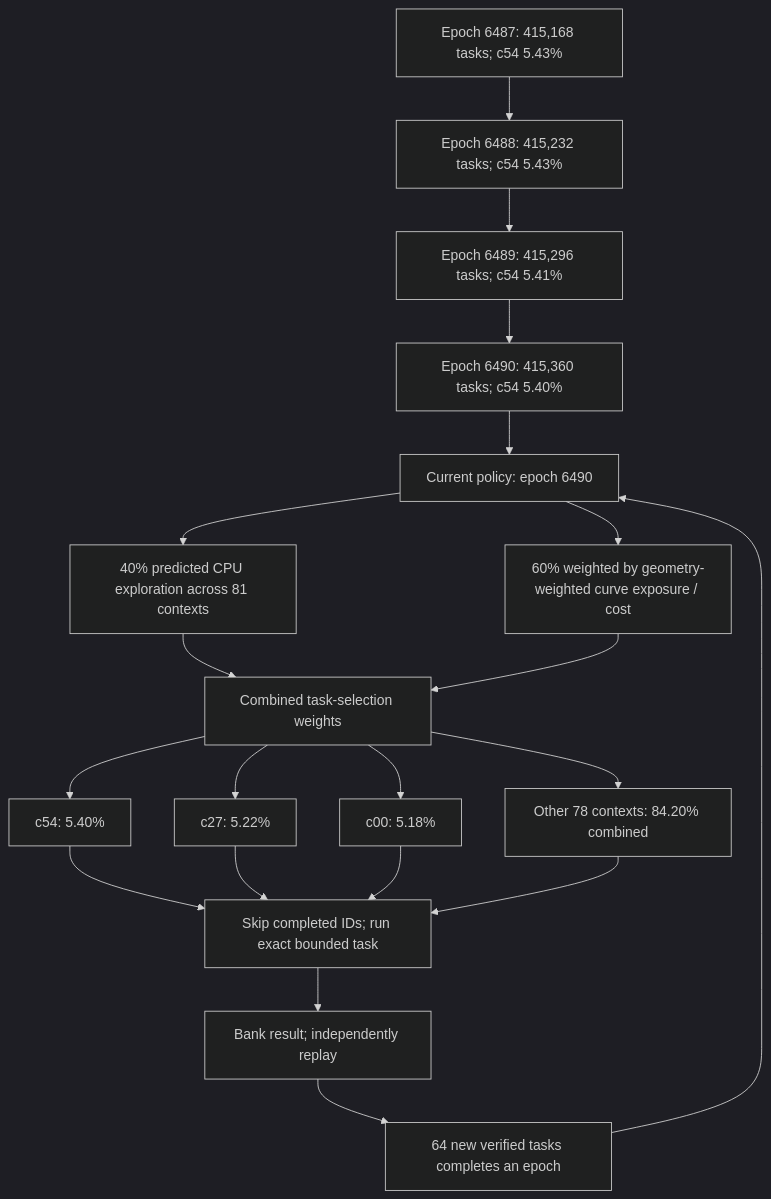
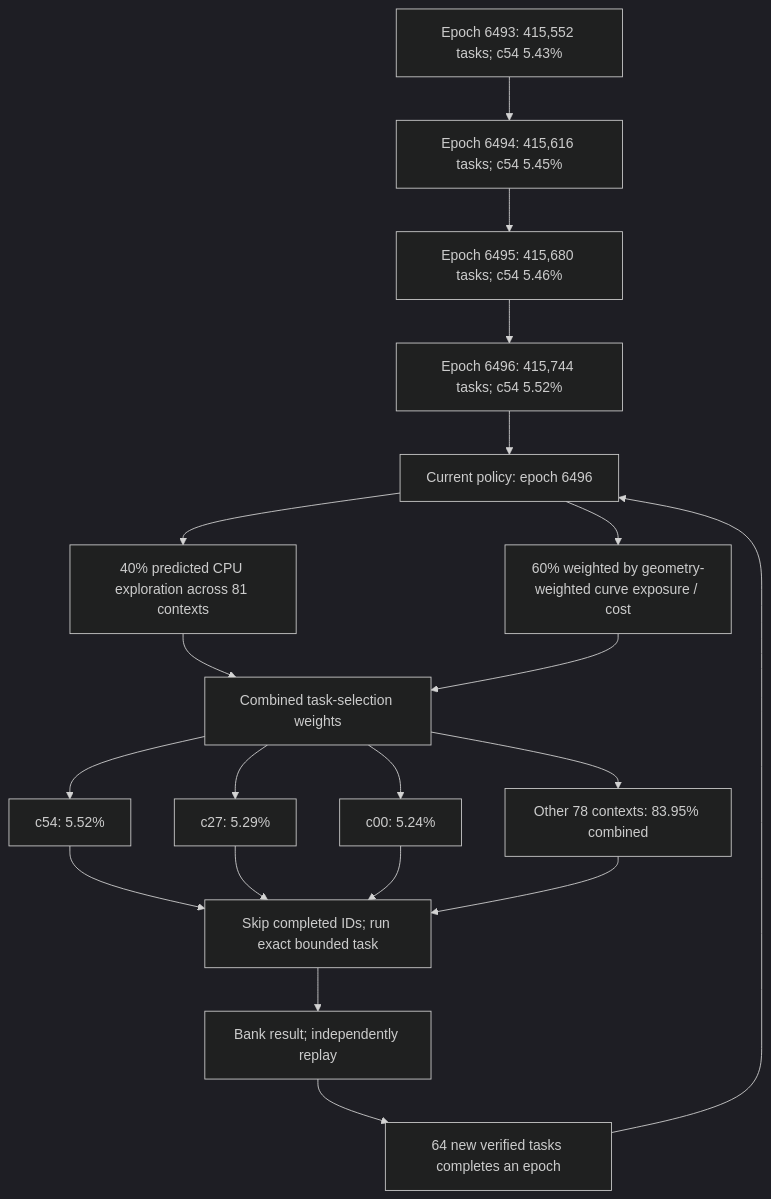
One commit to Kuberwastaken/math-gambling changed the first of 4 diagrams in README.md. Above: the diagram before and after it, drawn with Mermaid (dark theme). The commit also changed other lines of this file and 1435 other files, not shown here.

````diff
--- a/README.md
+++ b/README.md
@@ -60,27 +60,27 @@
 ```mermaid
 flowchart TD
-    H0["Epoch 6487: 415,168 tasks; c54 5.43%"]
-    H1["Epoch 6488: 415,232 tasks; c54 5.43%"]
+    H0["Epoch 6493: 415,552 tasks; c54 5.43%"]
+    H1["Epoch 6494: 415,616 tasks; c54 5.45%"]
     H0 --> H1
-    H2["Epoch 6489: 415,296 tasks; c54 5.41%"]
+    H2["Epoch 6495: 415,680 tasks; c54 5.46%"]
     H1 --> H2
-    H3["Epoch 6490: 415,360 tasks; c54 5.40%"]
+    H3["Epoch 6496: 415,744 tasks; c54 5.52%"]
     H2 --> H3
-    Policy["Current policy: epoch 6490"]
+    Policy["Current policy: epoch 6496"]
     H3 --> Policy
     Policy --> Explore["40% predicted CPU exploration across 81 contexts"]
     Policy --> Cost["60% weighted by geometry-weighted curve exposure / cost"]
     Explore --> Mix["Combined task-selection weights"]
     Cost --> Mix
-    Mix --> C0["c54: 5.40%"]
-    Mix --> C1["c27: 5.22%"]
-    Mix --> C2["c00: 5.18%"]
-    Mix --> Rest["Other 78 contexts: 84.20% combined"]
+    Mix --> C0["c54: 5.52%"]
+    Mix --> C1["c27: 5.29%"]
+    Mix --> C2["c00: 5.24%"]
+    Mix --> Rest["Other 78 contexts: 83.95% combined"]
     C0 --> Check["Skip completed IDs; run exact bounded task"]
     C1 --> Check
     C2 --> Check
     Rest --> Check
     Check --> Replay["Bank result; independently replay"]
     Replay --> Gate["64 new verified tasks completes an epoch"]
     Gate --> Policy
 ```
````
